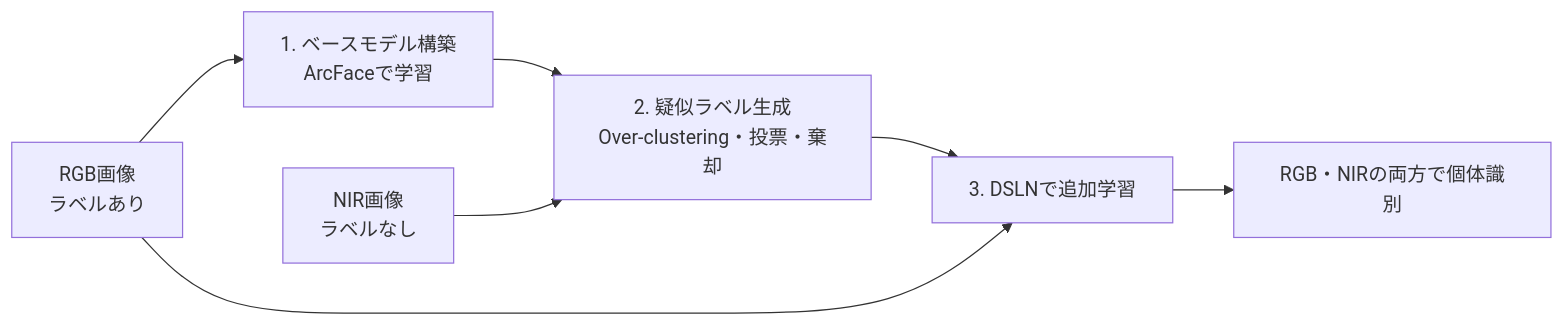
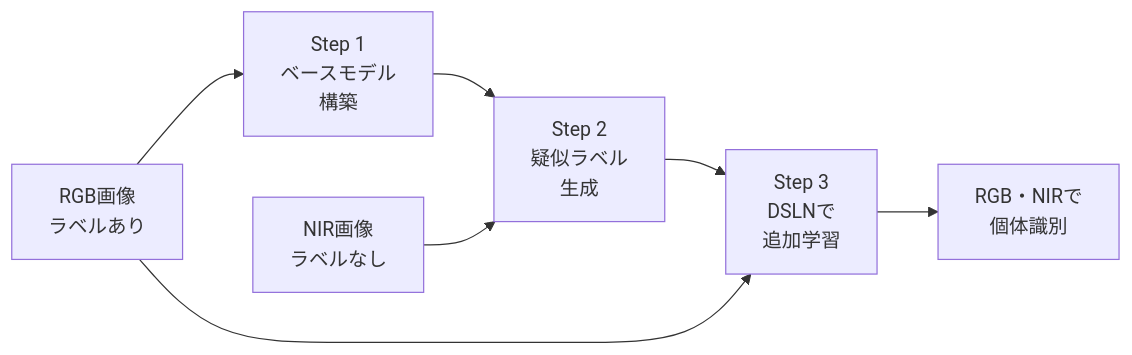
Before and after one commit to ojiro-s/nir-cattle-id-dsln: the diagram in README.md, drawn with Mermaid. The commit also changed other lines of this file, not shown here.

Commit message:
READMEの全体図のラベルを短くして明示的に改行

````diff
--- a/README.md
+++ b/README.md
@@ -9,9 +9,9 @@
 ```mermaid
 flowchart LR
-    RGB["RGB画像<br>ラベルあり"] --> BASE["1. ベースモデル構築<br>ArcFaceで学習"]
-    BASE --> PSEUDO["2. 疑似ラベル生成<br>Over-clustering・投票・棄却"]
+    RGB["RGB画像<br>ラベルあり"] --> BASE["Step 1<br>ベースモデル<br>構築"]
+    BASE --> PSEUDO["Step 2<br>疑似ラベル<br>生成"]
     NIR["NIR画像<br>ラベルなし"] --> PSEUDO
-    PSEUDO --> DSLN["3. DSLNで追加学習"]
+    PSEUDO --> DSLN["Step 3<br>DSLNで<br>追加学習"]
     RGB --> DSLN
-    DSLN --> OUT["RGB・NIRの両方で個体識別"]
+    DSLN --> OUT["RGB・NIRで<br>個体識別"]
 ```
````
